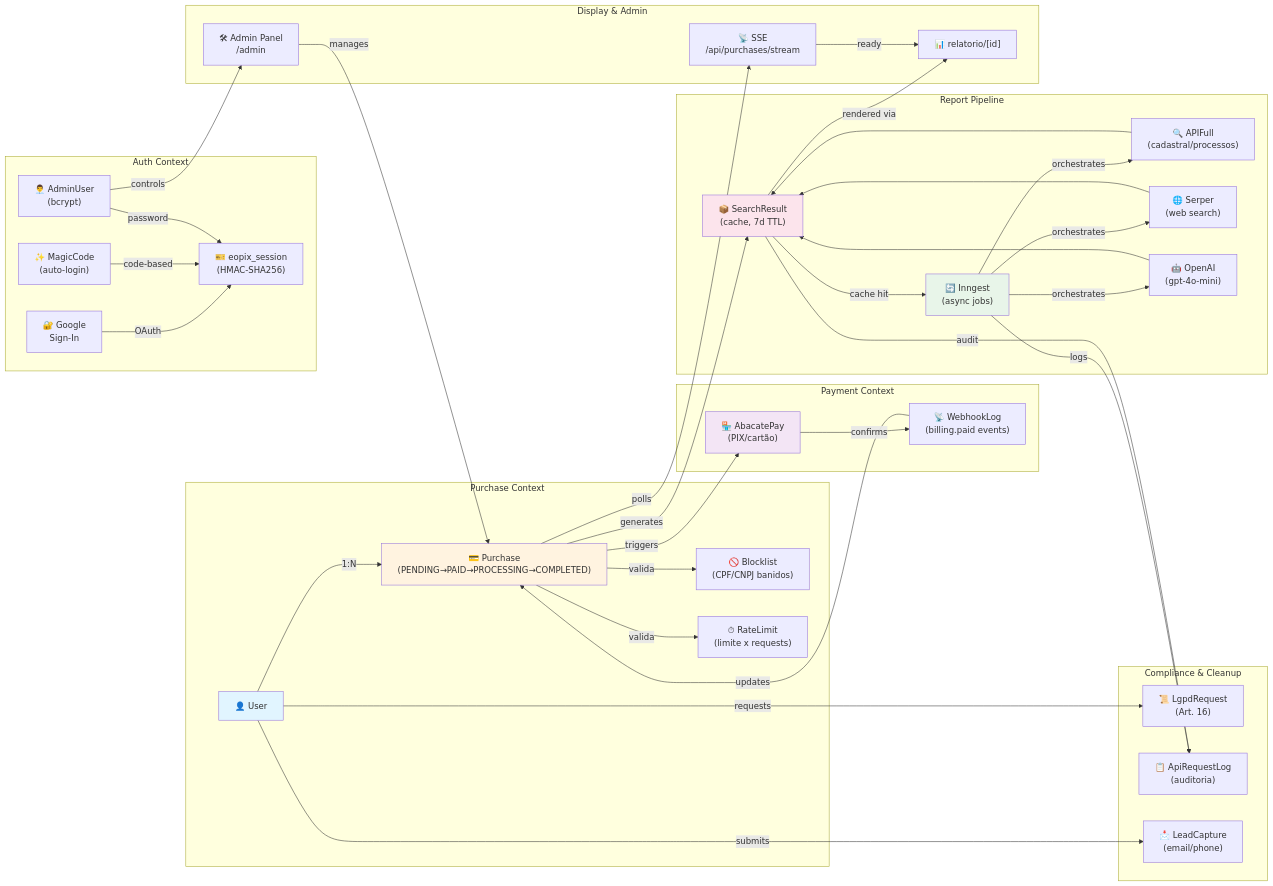
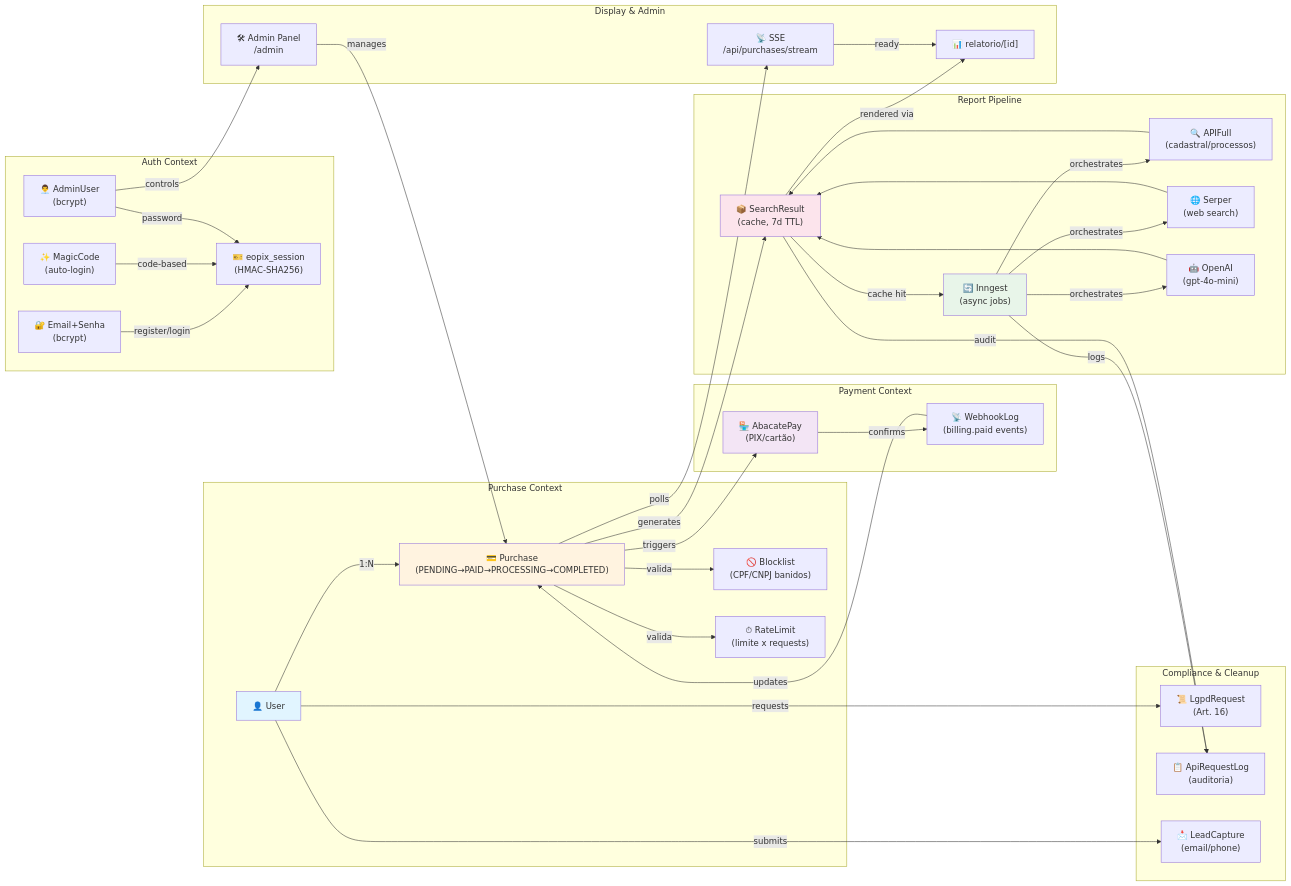
Before and after one commit to dvluana/eopix: the second of 3 diagrams in docs/architecture.md, drawn with Mermaid. The commit also changed other lines of this file and 25 other files, not shown here.

First line of the commit message:
feat: replace Google OAuth with email+password auth

````diff
--- a/docs/architecture.md
+++ b/docs/architecture.md
@@ -111,74 +111,74 @@
 ```mermaid
 graph LR
     subgraph "Purchase Context"
         U["👤 User"]
         P["💳 Purchase<br/>(PENDING→PAID→PROCESSING→COMPLETED)"]
         BL["🚫 Blocklist<br/>(CPF/CNPJ banidos)"]
         RL["⏱ RateLimit<br/>(limite x requests)"]
         U -->|1:N| P
         P -->|valida| BL
         P -->|valida| RL
     end
 
     subgraph "Payment Context"
         SP["🏪 AbacatePay<br/>(PIX/cartão)"]
         WH["📡 WebhookLog<br/>(billing.paid events)"]
         P -->|triggers| SP
         SP -->|confirms| WH
         WH -->|updates| P
     end
 
     subgraph "Report Pipeline"
         I["🔄 Inngest<br/>(async jobs)"]
         SC["📦 SearchResult<br/>(cache, 7d TTL)"]
         AF["🔍 APIFull<br/>(cadastral/processos)"]
         SRP["🌐 Serper<br/>(web search)"]
         OA["🤖 OpenAI<br/>(gpt-4o-mini)"]
         I -->|orchestrates| AF
         I -->|orchestrates| SRP
         I -->|orchestrates| OA
         AF --> SC
         SRP --> SC
         OA --> SC
         SC -->|cache hit| I
     end
 
     subgraph "Auth Context"
-        G["🔐 Google<br/>Sign-In"]
+        EP["🔐 Email+Senha<br/>(bcrypt)"]
         JWT["🎫 eopix_session<br/>(HMAC-SHA256)"]
         MC["✨ MagicCode<br/>(auto-login)"]
         AU["👨‍💼 AdminUser<br/>(bcrypt)"]
-        G -->|OAuth| JWT
+        EP -->|register/login| JWT
         MC -->|code-based| JWT
         AU -->|password| JWT
     end
 
     subgraph "Display & Admin"
         SSE["📡 SSE<br/>/api/purchases/stream"]
         RLG["📊 relatorio/[id]"]
         ADM["🛠 Admin Panel<br/>/admin"]
         P -->|polls| SSE
         SSE -->|ready| RLG
         AU -->|controls| ADM
         ADM -->|manages| P
     end
 
     subgraph "Compliance & Cleanup"
         LGPD["📜 LgpdRequest<br/>(Art. 16)"]
         ARG["📋 ApiRequestLog<br/>(auditoria)"]
         LC["📩 LeadCapture<br/>(email/phone)"]
         U -->|requests| LGPD
         I -->|logs| ARG
         U -->|submits| LC
     end
 
     P -->|generates| SC
     SC -->|rendered via| RLG
     SC -->|audit| ARG
 
     style U fill:#e1f5ff
     style P fill:#fff3e0
     style SP fill:#f3e5f5
     style I fill:#e8f5e9
     style SC fill:#fce4ec
 ```
````
